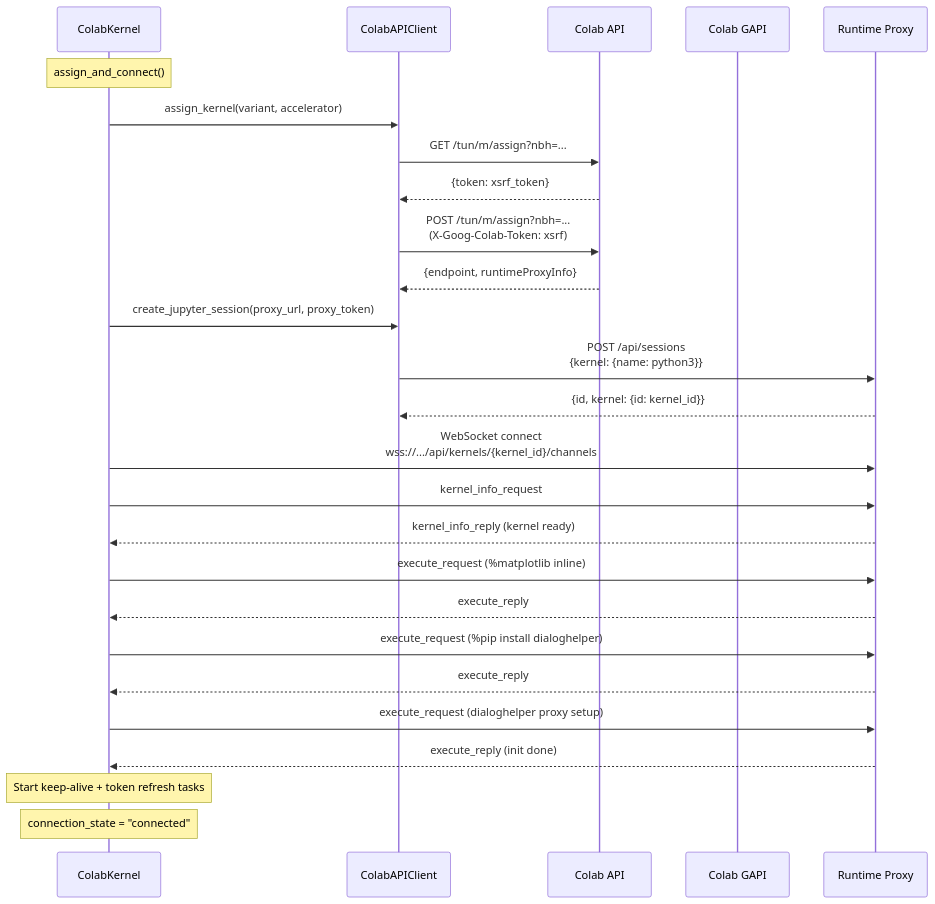
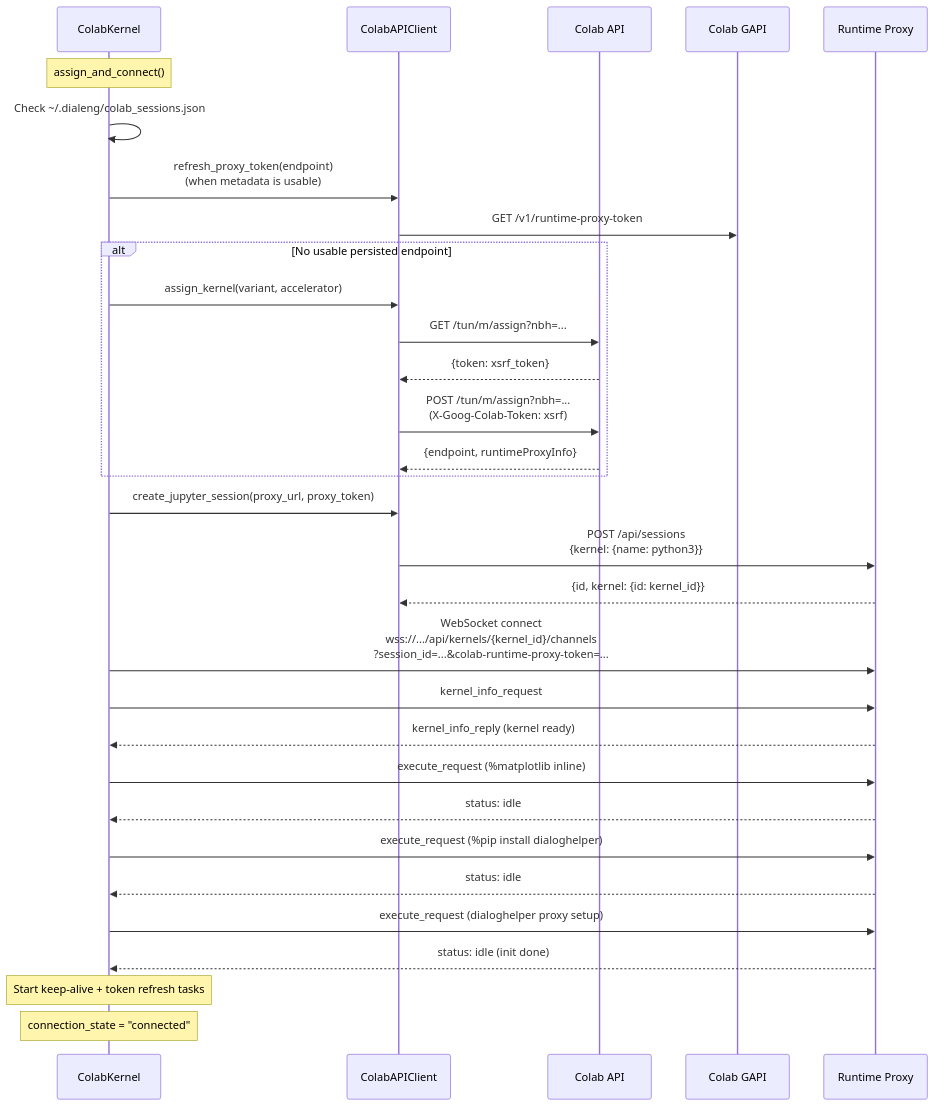
Before and after one commit to sgaseretto/solveish: the fifth of 13 diagrams in docs/how_it_works/12_colab_kernel.md, drawn with Mermaid. The commit also changed other lines of this file and 19 other files, not shown here.

Commit message:
Align Colab runtime lifecycle with Google CLI

````diff
--- a/docs/how_it_works/12_colab_kernel.md
+++ b/docs/how_it_works/12_colab_kernel.md
@@ -208,35 +239,41 @@
 ```mermaid
 sequenceDiagram
     participant CK as ColabKernel
     participant API as ColabAPIClient
     participant CA as Colab API
     participant GP as Colab GAPI
     participant RT as Runtime Proxy
 
     Note over CK: assign_and_connect()
 
+    CK->>CK: Check ~/.dialeng/colab_sessions.json
+    CK->>API: refresh_proxy_token(endpoint)<br/>(when metadata is usable)
+    API->>GP: GET /v1/runtime-proxy-token
+
+    alt No usable persisted endpoint
     CK->>API: assign_kernel(variant, accelerator)
     API->>CA: GET /tun/m/assign?nbh=...
     CA-->>API: {token: xsrf_token}
     API->>CA: POST /tun/m/assign?nbh=...<br/>(X-Goog-Colab-Token: xsrf)
     CA-->>API: {endpoint, runtimeProxyInfo}
+    end
 
     CK->>API: create_jupyter_session(proxy_url, proxy_token)
     API->>RT: POST /api/sessions<br/>{kernel: {name: python3}}
     RT-->>API: {id, kernel: {id: kernel_id}}
 
-    CK->>RT: WebSocket connect<br/>wss://.../api/kernels/{kernel_id}/channels
+    CK->>RT: WebSocket connect<br/>wss://.../api/kernels/{kernel_id}/channels<br/>?session_id=...&colab-runtime-proxy-token=...
 
     CK->>RT: kernel_info_request
     RT-->>CK: kernel_info_reply (kernel ready)
 
     CK->>RT: execute_request (%matplotlib inline)
-    RT-->>CK: execute_reply
+    RT-->>CK: status: idle
     CK->>RT: execute_request (%pip install dialoghelper)
-    RT-->>CK: execute_reply
+    RT-->>CK: status: idle
     CK->>RT: execute_request (dialoghelper proxy setup)
-    RT-->>CK: execute_reply (init done)
+    RT-->>CK: status: idle (init done)
 
     Note over CK: Start keep-alive + token refresh tasks
     Note over CK: connection_state = "connected"
 ```
````
